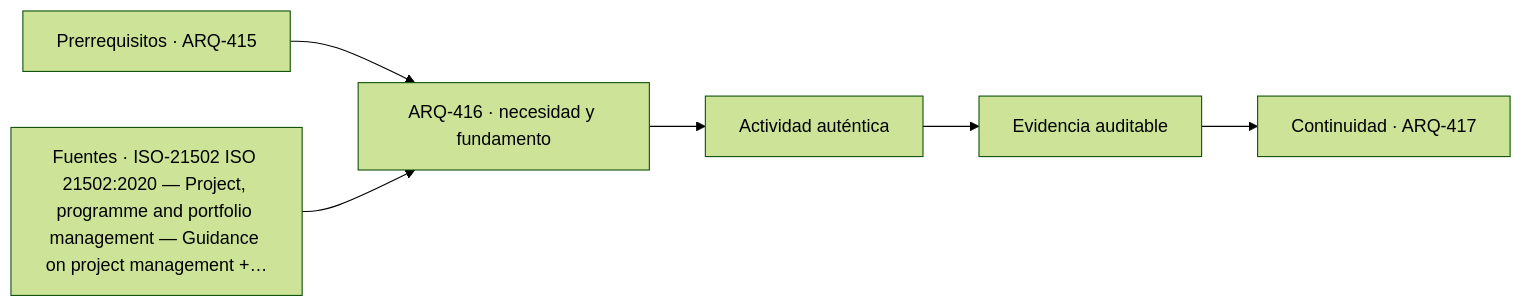
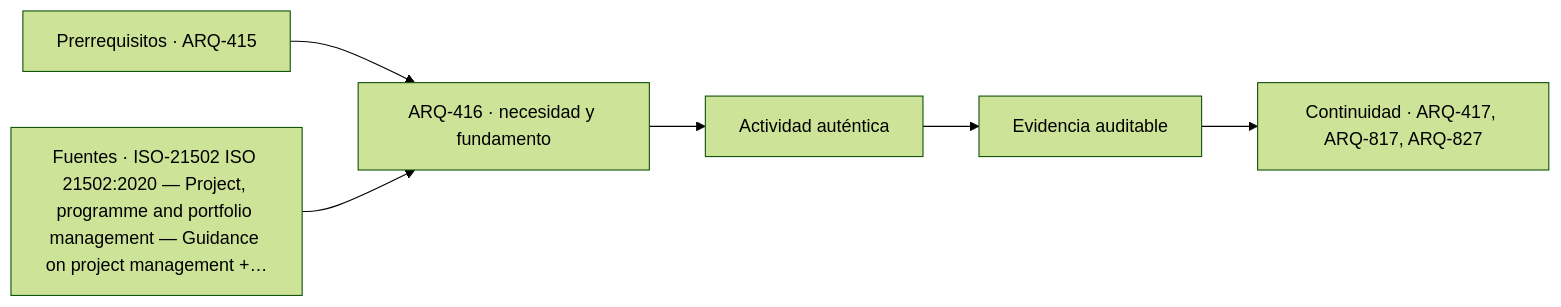
Before and after one commit to vladimiracunadev-create/architecture-built-environment-learning-program: the diagram in classes/parte-42/ARQ-416.md, drawn with Mermaid (forest theme). The commit also changed other lines of this file and 234 other files, not shown here.

````diff
--- a/classes/parte-42/ARQ-416.md
+++ b/classes/parte-42/ARQ-416.md
@@ -87,8 +87,8 @@
 ```mermaid
 flowchart LR
     A["Prerrequisitos · ARQ-415"] --> B["ARQ-416 · necesidad y fundamento"]
     S["Fuentes · ISO-21502 ISO 21502:2020 — Project, programme and portfolio management — Guidance on project management +…"] --> B
     B --> C["Actividad auténtica"]
     C --> D["Evidencia auditable"]
-    D --> E["Continuidad · ARQ-417"]
+    D --> E["Continuidad · ARQ-417, ARQ-817, ARQ-827"]
 ```
````
